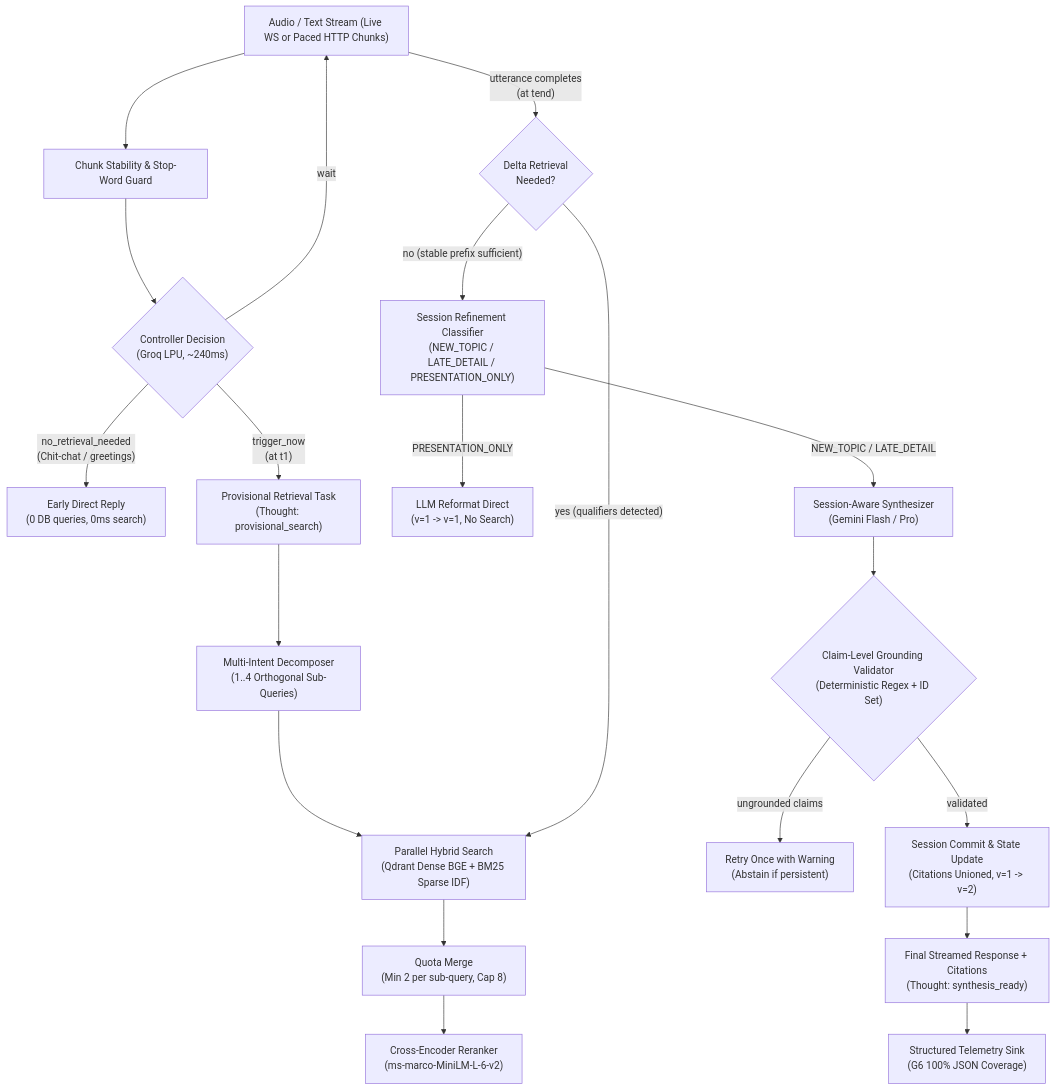
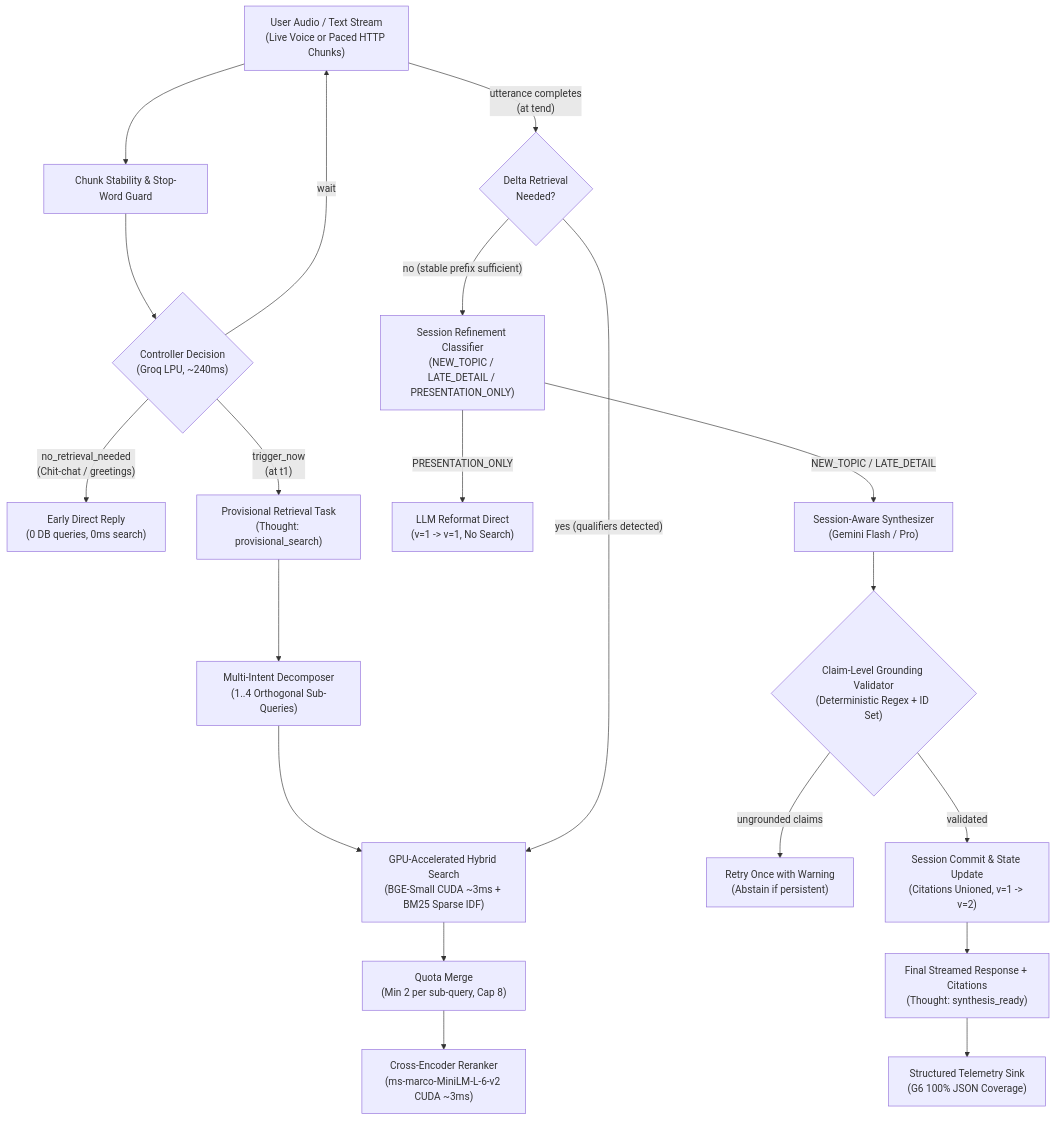
Before and after one commit to codewithyuvi/Streaming-Live-Rag: the first of 2 diagrams in streaming-live-rag/docs/ARCHITECTURE_BRIEF.md, drawn with Mermaid. The commit also changed other lines of this file and 23 other files, not shown here.

Commit message:
feat: continuous speculative streaming, live VS arena, GPU acceleration, voice streaming & full doc suite refresh

````diff
--- a/streaming-live-rag/docs/ARCHITECTURE_BRIEF.md
+++ b/streaming-live-rag/docs/ARCHITECTURE_BRIEF.md
@@ -9,29 +9,29 @@
 ```mermaid
 flowchart TD
-    A["Audio / Text Stream (Live WS or Paced HTTP Chunks)"] --> B["Chunk Stability & Stop-Word Guard"]
+    A["User Audio / Text Stream\n(Live Voice or Paced HTTP Chunks)"] --> B["Chunk Stability & Stop-Word Guard"]
     B --> C{"Controller Decision\n(Groq LPU, ~240ms)"}
     
     C -- "no_retrieval_needed\n(Chit-chat / greetings)" --> C2["Early Direct Reply\n(0 DB queries, 0ms search)"]
     C -- "wait" --> A
     
     C -- "trigger_now\n(at t1)" --> D["Provisional Retrieval Task\n(Thought: provisional_search)"]
     D --> E["Multi-Intent Decomposer\n(1..4 Orthogonal Sub-Queries)"]
     
-    E --> F["Parallel Hybrid Search\n(Qdrant Dense BGE + BM25 Sparse IDF)"]
+    E --> F["GPU-Accelerated Hybrid Search\n(BGE-Small CUDA ~3ms + BM25 Sparse IDF)"]
     F --> G["Quota Merge\n(Min 2 per sub-query, Cap 8)"]
-    G --> H["Cross-Encoder Reranker\n(ms-marco-MiniLM-L-6-v2)"]
+    G --> H["Cross-Encoder Reranker\n(ms-marco-MiniLM-L-6-v2 CUDA ~3ms)"]
     
     A -- "utterance completes\n(at tend)" --> I{"Delta Retrieval\nNeeded?"}
     I -- "yes (qualifiers detected)" --> F
     I -- "no (stable prefix sufficient)" --> J["Session Refinement Classifier\n(NEW_TOPIC / LATE_DETAIL / PRESENTATION_ONLY)"]
     
     J -- "PRESENTATION_ONLY" --> K["LLM Reformat Direct\n(v=1 -> v=1, No Search)"]
     J -- "NEW_TOPIC / LATE_DETAIL" --> L["Session-Aware Synthesizer\n(Gemini Flash / Pro)"]
     
     L --> M{"Claim-Level Grounding Validator\n(Deterministic Regex + ID Set)"}
     M -- "ungrounded claims" --> N["Retry Once with Warning\n(Abstain if persistent)"]
     M -- "validated" --> O["Session Commit & State Update\n(Citations Unioned, v=1 -> v=2)"]
     
     O --> P["Final Streamed Response + Citations\n(Thought: synthesis_ready)"]
     P --> Q["Structured Telemetry Sink\n(G6 100% JSON Coverage)"]
 ```
````
